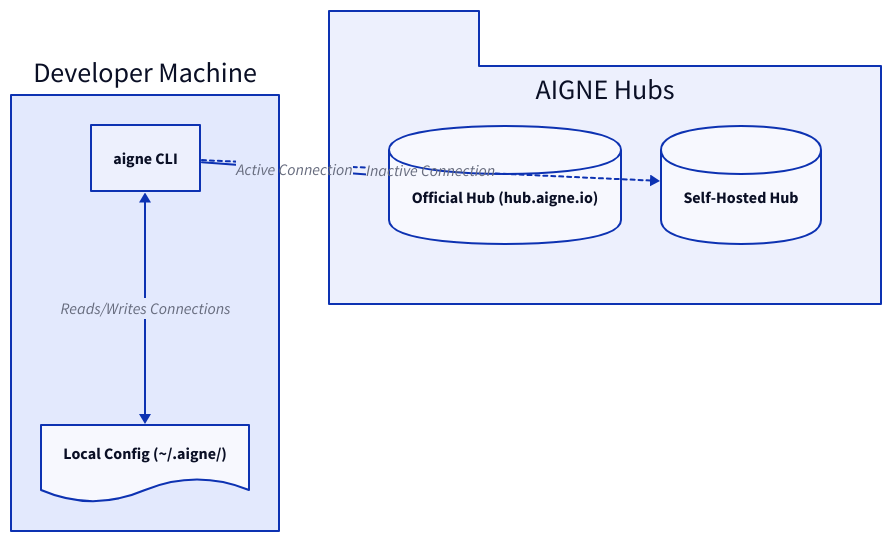
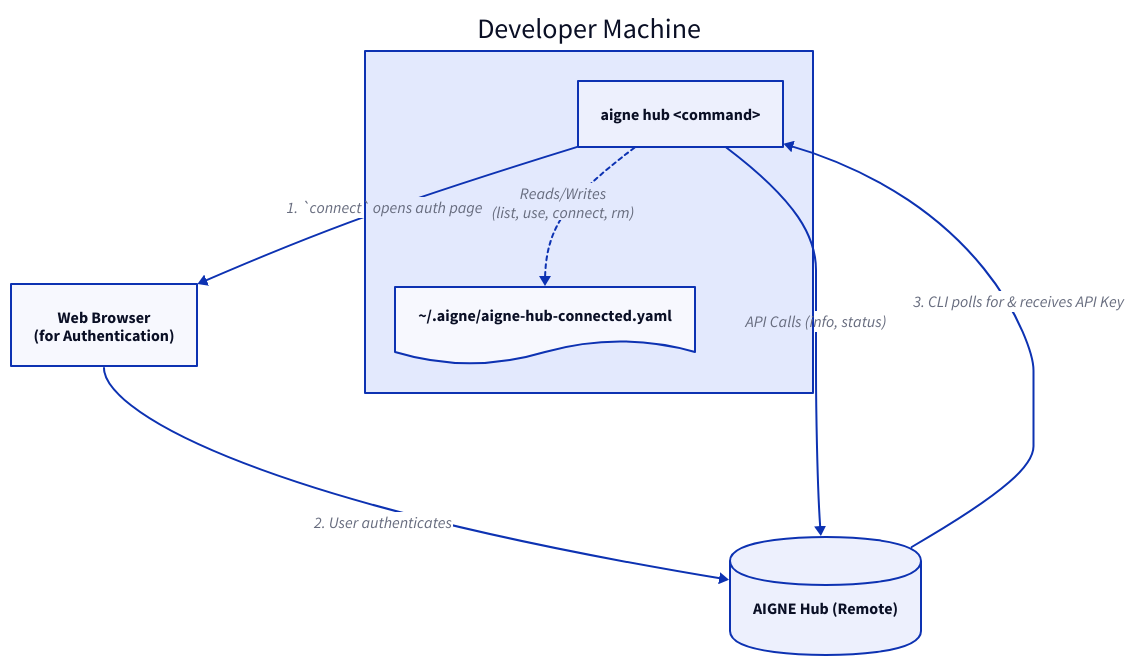
Before and after one commit to AIGNE-io/aigne-framework: the diagram in packages/cli/docs/command-reference-hub.md, drawn with D2. The commit also changed other lines of this file and 38 other files, not shown here.

````diff
--- a/packages/cli/docs/command-reference-hub.md
+++ b/packages/cli/docs/command-reference-hub.md
@@ -11,40 +13,50 @@
 ```d2
 direction: down
 
-"Developer Machine": {
+Developer-Machine: {
+  label: "Developer Machine"
   shape: rectangle
 
-  "aigne CLI": {
+  aigne-CLI: {
+    label: "aigne hub <command>"
     shape: rectangle
   }
 
-  "Local Config (~/.aigne/)": {
+  Local-Config: {
+    label: "~/.aigne/aigne-hub-connected.yaml"
     shape: document
   }
 
-  "aigne CLI" <-> "Local Config (~/.aigne/)": "Reads/Writes Connections"
-}
-
-"AIGNE Hubs": {
-  shape: package
-  grid-columns: 2
-
-  "Official Hub (hub.aigne.io)": {
-    shape: cylinder
-  }
-
-  "Self-Hosted Hub": {
-    shape: cylinder
+  aigne-CLI -> Local-Config: {
+    label: "Reads/Writes\n(list, use, connect, rm)"
+    style.stroke-dash: 2
   }
 }
 
-"Developer Machine"."aigne CLI" -> "AIGNE Hubs"."Official Hub (hub.aigne.io)": {
-  label: "Active Connection"
+AIGNE-Hub: {
+  label: "AIGNE Hub (Remote)"
+  shape: cylinder
+}
+
+Browser: {
+  label: "Web Browser\n(for Authentication)"
+  shape: rectangle
+}
+
+Developer-Machine.aigne-CLI -> Browser: {
+  label: "1. `connect` opens auth page"
+}
+
+Browser -> AIGNE-Hub: {
+  label: "2. User authenticates"
+}
+
+AIGNE-Hub -> Developer-Machine.aigne-CLI: {
+  label: "3. CLI polls for & receives API Key"
+}
+
+Developer-Machine.aigne-CLI -> AIGNE-Hub: {
+  label: "API Calls (info, status)"
   style.stroke-width: 2
 }
-
-"Developer Machine"."aigne CLI" -> "AIGNE Hubs"."Self-Hosted Hub": {
-  label: "Inactive Connection"
-  style.stroke-dash: 2
-}
 ```
````
